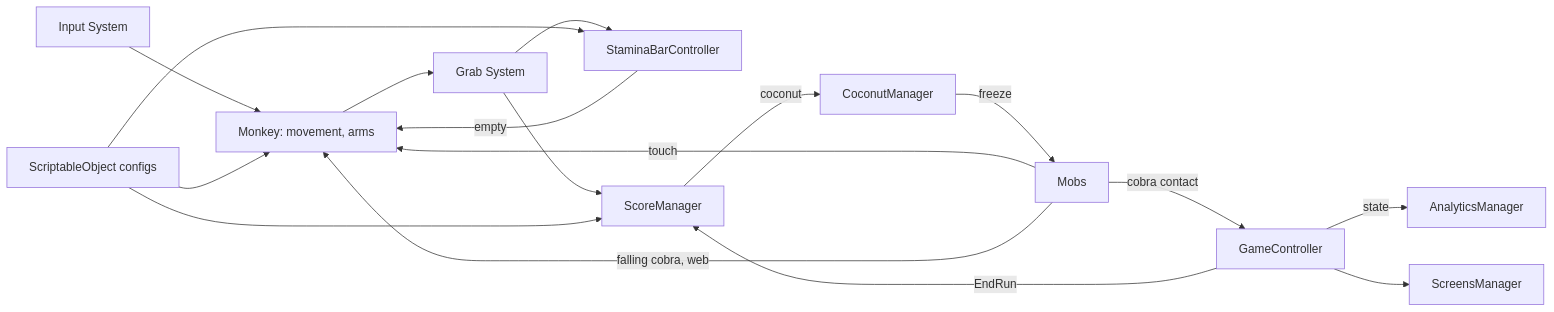
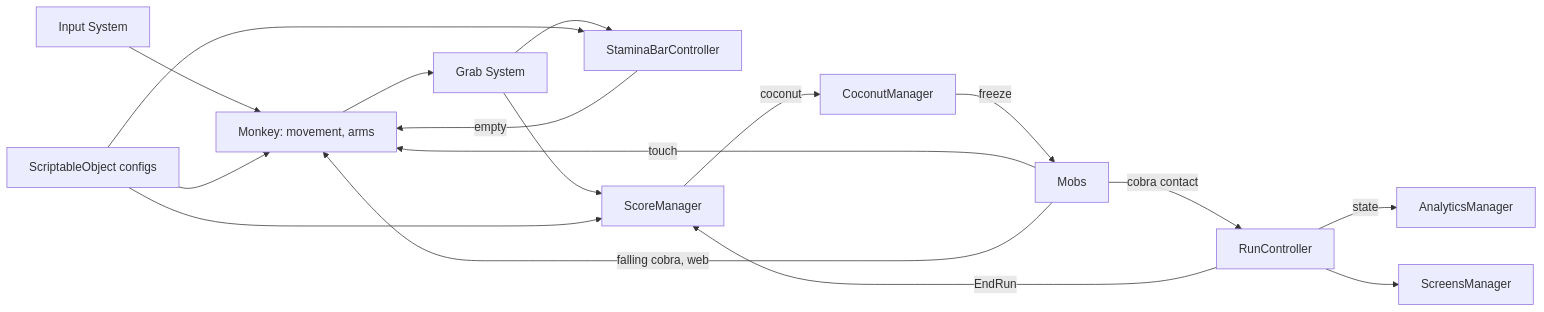
One commit to CSCI-526/Team4-Lu_Lu changed the second of 4 diagrams in docs/monkobra-tdd.md. Above: the diagram before and after it, drawn with Mermaid. The commit also changed other lines of this file and 9 other files, not shown here.

First line of the commit message:
docs name RunController for run state; add across-scene GameController

````diff
--- a/docs/monkobra-tdd.md
+++ b/docs/monkobra-tdd.md
@@ -70,19 +70,19 @@
 ```mermaid
 graph LR
   Input[Input System] --> Monkey[Monkey: movement, arms]
   Monkey --> Grab[Grab System]
   Grab --> Stamina[StaminaBarController]
   Grab --> Score[ScoreManager]
   Score -->|coconut| Coconut[CoconutManager]
   Coconut -->|freeze| Mobs
   Mobs[Mobs] -->|touch| Monkey
-  Mobs -->|cobra contact| Game[GameController]
+  Mobs -->|cobra contact| Game[RunController]
   Stamina -->|empty| Monkey
   Mobs -->|falling cobra, web| Monkey
   Game -->|state| Analytics[AnalyticsManager]
   Game --> Screens[ScreensManager]
   Game -->|EndRun| Score
   Config[ScriptableObject configs] --> Monkey
   Config --> Stamina
   Config --> Score
 ```
````
